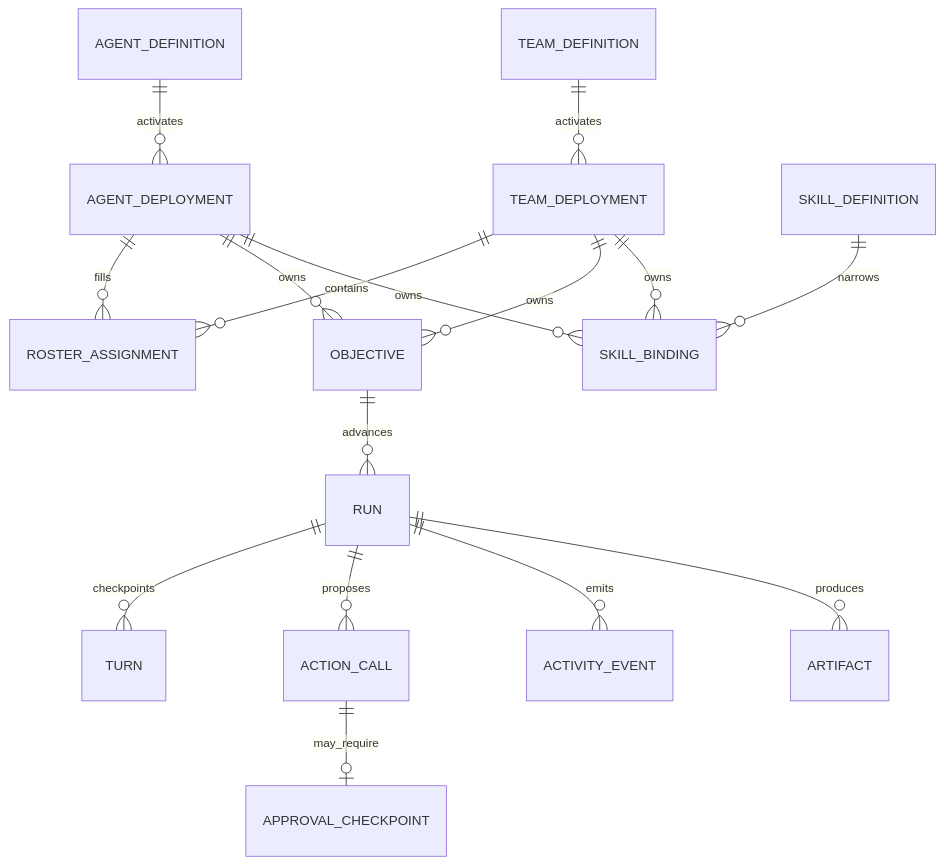
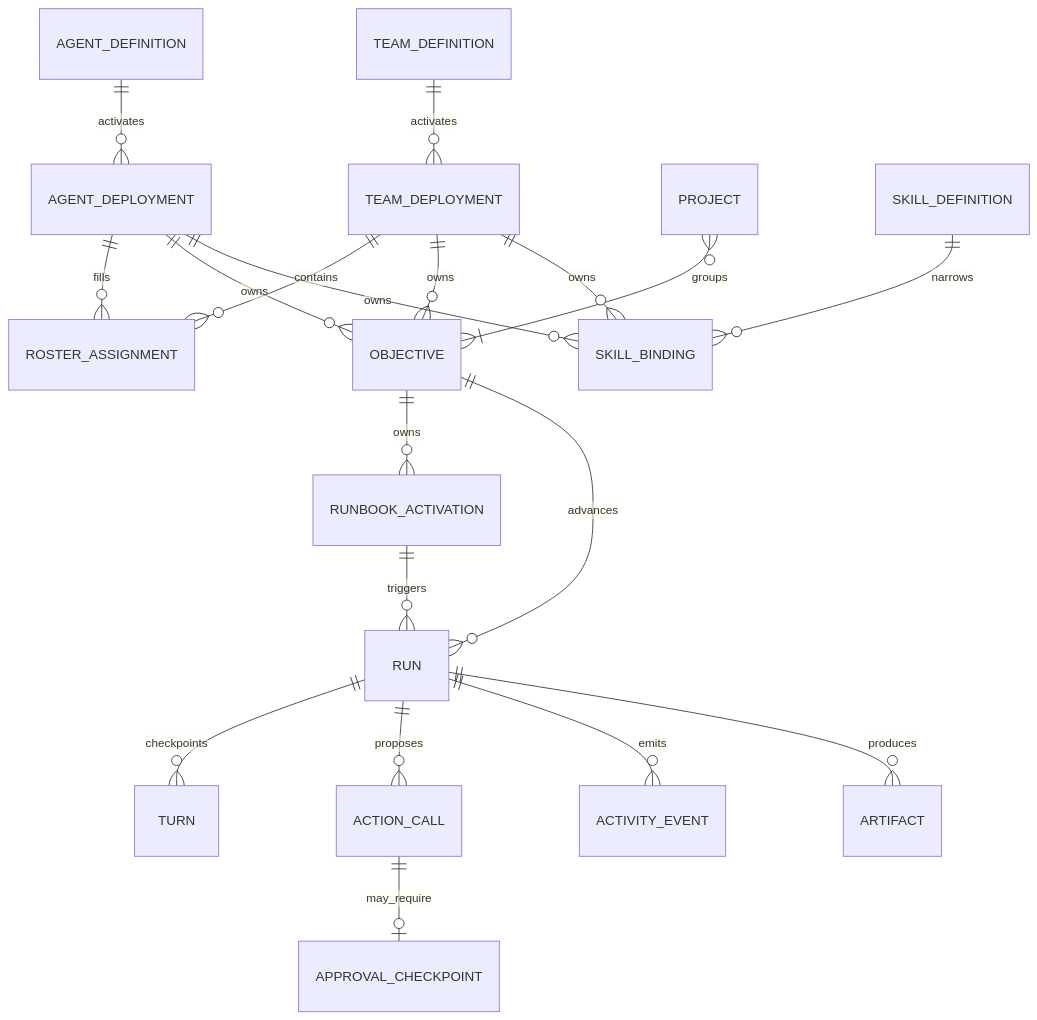
The second of 4 diagrams in docs/architecture/autonomous-agent-runtime.md (axiom-studio/openseal), drawn with Mermaid before and after one commit. The commit also changed 15 other files, not shown here.

````diff
--- a/docs/architecture/autonomous-agent-runtime.md
+++ b/docs/architecture/autonomous-agent-runtime.md
@@ -57,18 +57,21 @@
 ```mermaid
 erDiagram
     AGENT_DEFINITION ||--o{ AGENT_DEPLOYMENT : activates
     TEAM_DEFINITION ||--o{ TEAM_DEPLOYMENT : activates
     TEAM_DEPLOYMENT ||--o{ ROSTER_ASSIGNMENT : contains
     AGENT_DEPLOYMENT ||--o{ ROSTER_ASSIGNMENT : fills
     AGENT_DEPLOYMENT ||--o{ OBJECTIVE : owns
     TEAM_DEPLOYMENT ||--o{ OBJECTIVE : owns
+    PROJECT }o--|{ OBJECTIVE : groups
+    OBJECTIVE ||--o{ RUNBOOK_ACTIVATION : owns
+    RUNBOOK_ACTIVATION ||--o{ RUN : triggers
     OBJECTIVE ||--o{ RUN : advances
     RUN ||--o{ TURN : checkpoints
     RUN ||--o{ ACTION_CALL : proposes
     ACTION_CALL ||--o| APPROVAL_CHECKPOINT : may_require
     SKILL_DEFINITION ||--o{ SKILL_BINDING : narrows
     AGENT_DEPLOYMENT ||--o{ SKILL_BINDING : owns
     TEAM_DEPLOYMENT ||--o{ SKILL_BINDING : owns
     RUN ||--o{ ACTIVITY_EVENT : emits
     RUN ||--o{ ARTIFACT : produces
 ```
````
